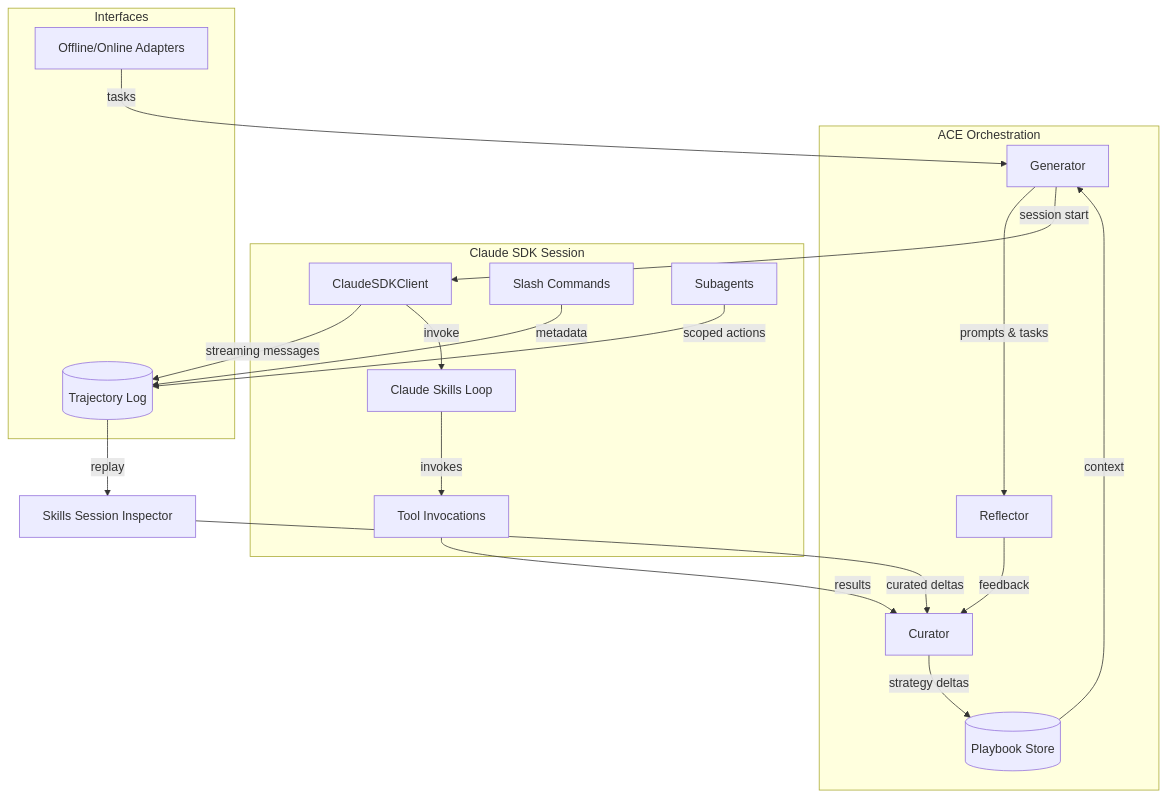
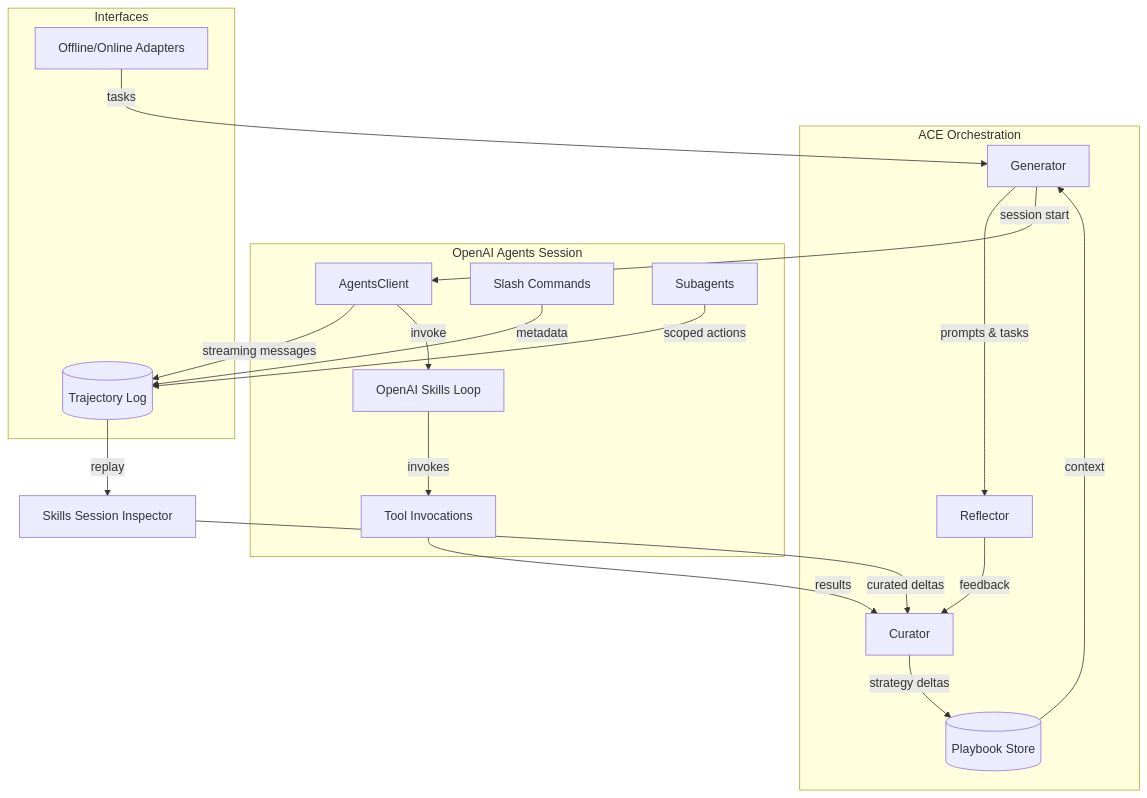
Before and after one commit to RawleySM/agentic-context-engine: the first of 4 diagrams in docs/ACEskills_plan.md, drawn with Mermaid. The commit also changed other lines of this file, not shown here.

Commit message:
Refactor skills plan for OpenAI Agents SDK

````diff
--- a/docs/ACEskills_plan.md
+++ b/docs/ACEskills_plan.md
@@ -30,37 +30,37 @@
 ```mermaid
 graph TD
     subgraph ACE Orchestration
         G[Generator]
         R[Reflector]
         C[Curator]
         PB[(Playbook Store)]
         G -- prompts & tasks --> R
         R -- feedback --> C
         C -- strategy deltas --> PB
         PB -- context --> G
     end
 
-    subgraph Claude SDK Session
-        CL[ClaudeSDKClient]
-        SK[Claude Skills Loop]
+    subgraph OpenAI Agents Session
+        OA[AgentsClient]
+        SK[OpenAI Skills Loop]
         SC[Slash Commands]
         SA[Subagents]
         TL[Tool Invocations]
     end
 
     subgraph Interfaces
         AD[Offline/Online Adapters]
         TR[(Trajectory Log)]
     end
 
     AD -- tasks --> G
-    G -- session start --> CL
-    CL -- streaming messages --> TR
-    CL -- invoke --> SK
+    G -- session start --> OA
+    OA -- streaming messages --> TR
+    OA -- invoke --> SK
     SK -- invokes --> TL
     SC -- metadata --> TR
     SA -- scoped actions --> TR
     TL -- results --> C
     TR -- replay --> Inspector[Skills Session Inspector]
     Inspector -- curated deltas --> C
 ```
````
